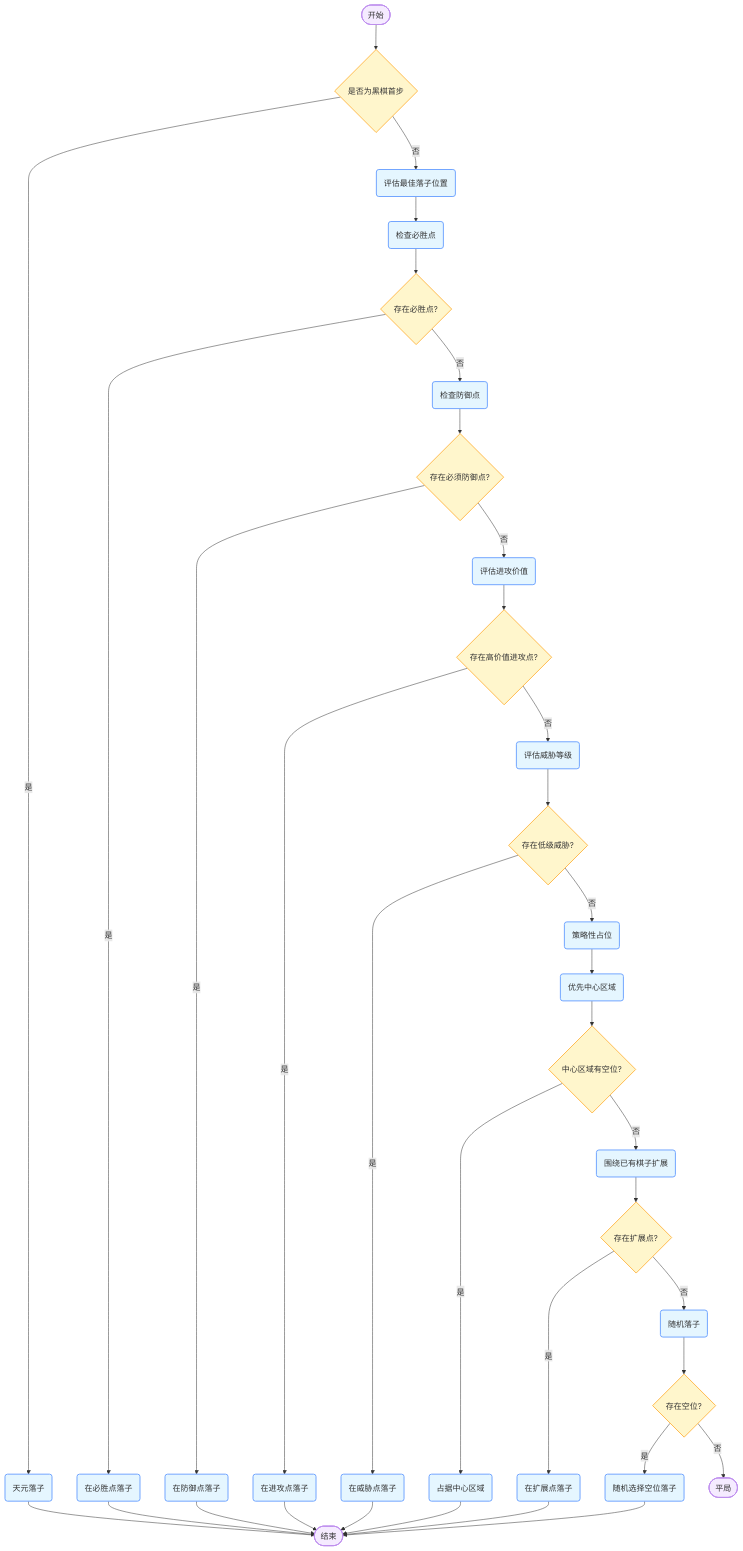
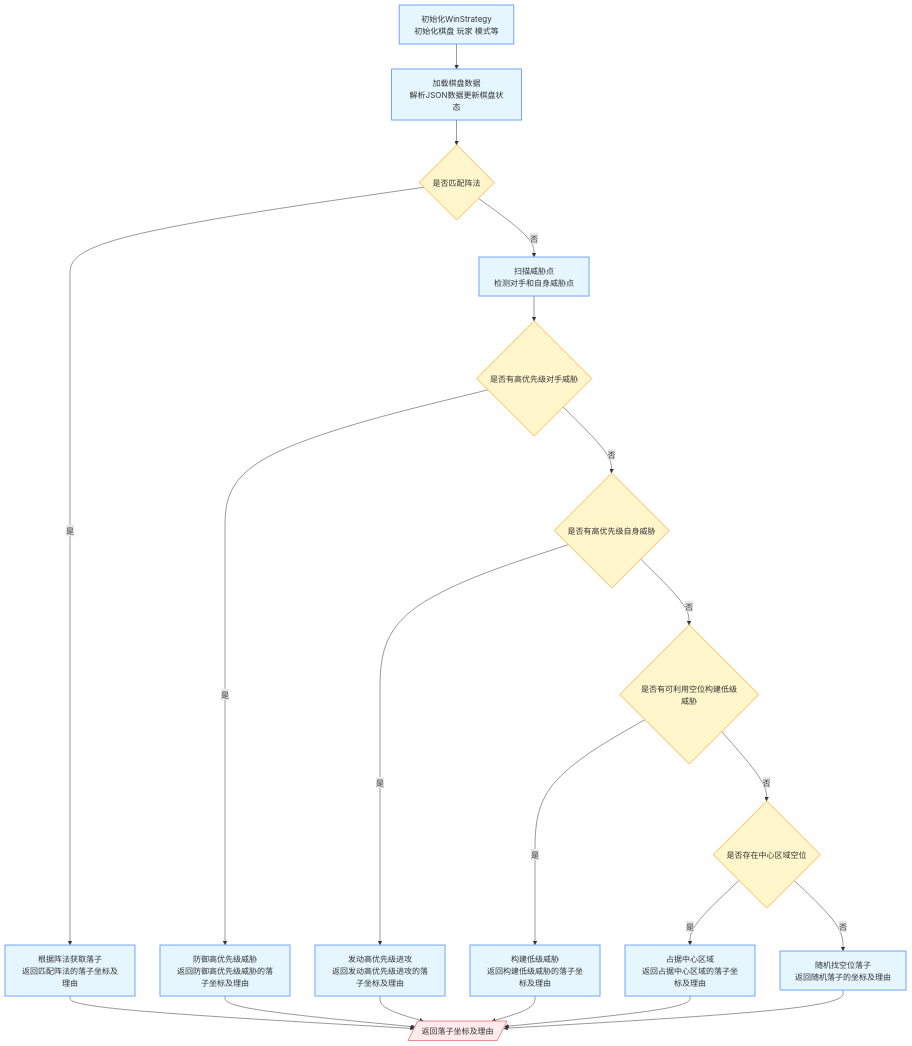
The diagram in CurrentToWin/现在到必胜算法报告.md (HandyWote/BestStrategyOfGomoku), drawn with Mermaid before and after one commit. The commit also changed other lines of this file and 8 other files, not shown here.

````diff
--- a/CurrentToWin/现在到必胜算法报告.md
+++ b/CurrentToWin/现在到必胜算法报告.md
@@ -10,41 +15,25 @@
 ```mermaid
-graph TD
-    classDef startend fill:#F5EBFF,stroke:#BE8FED,stroke-width:2px,color:#333
-    classDef process fill:#E5F6FF,stroke:#73A6FF,stroke-width:2px,color:#333
-    classDef decision fill:#FFF6CC,stroke:#FFBC52,stroke-width:2px,color:#333
-    
-    A([开始]):::startend --> B{是否为黑棋首步}:::decision
-    B -- 是 --> C("天元落子"):::process
-    B -- 否 --> D(评估最佳落子位置):::process
-    D --> E(检查必胜点):::process
-    E --> F{存在必胜点?}:::decision
-    F -- 是 --> G(在必胜点落子):::process
-    F -- 否 --> H(检查防御点):::process
-    H --> I{存在必须防御点?}:::decision
-    I -- 是 --> J(在防御点落子):::process
-    I -- 否 --> K(评估进攻价值):::process
-    K --> L{存在高价值进攻点?}:::decision
-    L -- 是 --> M(在进攻点落子):::process
-    L -- 否 --> N(评估威胁等级):::process
-    N --> O{存在低级威胁?}:::decision
-    O -- 是 --> P(在威胁点落子):::process
-    O -- 否 --> Q(策略性占位):::process
-    Q --> R(优先中心区域):::process
-    R --> S{中心区域有空位?}:::decision
-    S -- 是 --> T(占据中心区域):::process
-    S -- 否 --> U(围绕已有棋子扩展):::process
-    U --> V{存在扩展点?}:::decision
-    V -- 是 --> W(在扩展点落子):::process
-    V -- 否 --> X(随机落子):::process
-    X --> Y{存在空位?}:::decision
-    Y -- 是 --> Z(随机选择空位落子):::process
-    Y -- 否 --> AA([平局]):::startend
-    C --> AB([结束]):::startend
-    G --> AB
-    J --> AB
-    M --> AB
-    P --> AB
-    T --> AB
-    W --> AB
-    Z --> AB
-```
+graph TD;
+    classDef process fill:#E5F6FF,stroke:#73A6FF,stroke-width:2px;
+    classDef decision fill:#FFF6CC,stroke:#FFBC52,stroke-width:2px;
+    classDef io fill:#FFEBEB,stroke:#E68994,stroke-width:2px;
+    A[初始化WinStrategy<br>初始化棋盘 玩家 模式等]:::process --> B[加载棋盘数据<br>解析JSON数据更新棋盘状态]:::process;
+    B --> C{是否匹配阵法}:::decision;
+    C -->|是| D[根据阵法获取落子<br>返回匹配阵法的落子坐标及理由]:::process;
+    C -->|否| E[扫描威胁点<br>检测对手和自身威胁点]:::process;
+    E --> F{是否有高优先级对手威胁}:::decision;
+    F -->|是| G[防御高优先级威胁<br>返回防御高优先级威胁的落子坐标及理由]:::process;
+    F -->|否| H{是否有高优先级自身威胁}:::decision;
+    H -->|是| I[发动高优先级进攻<br>返回发动高优先级进攻的落子坐标及理由]:::process;
+    H -->|否| J{是否有可利用空位构建低级威胁}:::decision;
+    J -->|是| K[构建低级威胁<br>返回构建低级威胁的落子坐标及理由]:::process;
+    J -->|否| L{是否存在中心区域空位}:::decision;
+    L -->|是| M[占据中心区域<br>返回占据中心区域的落子坐标及理由]:::process;
+    L -->|否| N[随机找空位落子<br>返回随机落子的坐标及理由]:::process;
+    D --> O[/返回落子坐标及理由/]:::io;
+    G --> O;
+    I --> O;
+    K --> O;
+    M --> O;
+    N --> O;
+   ```
````
